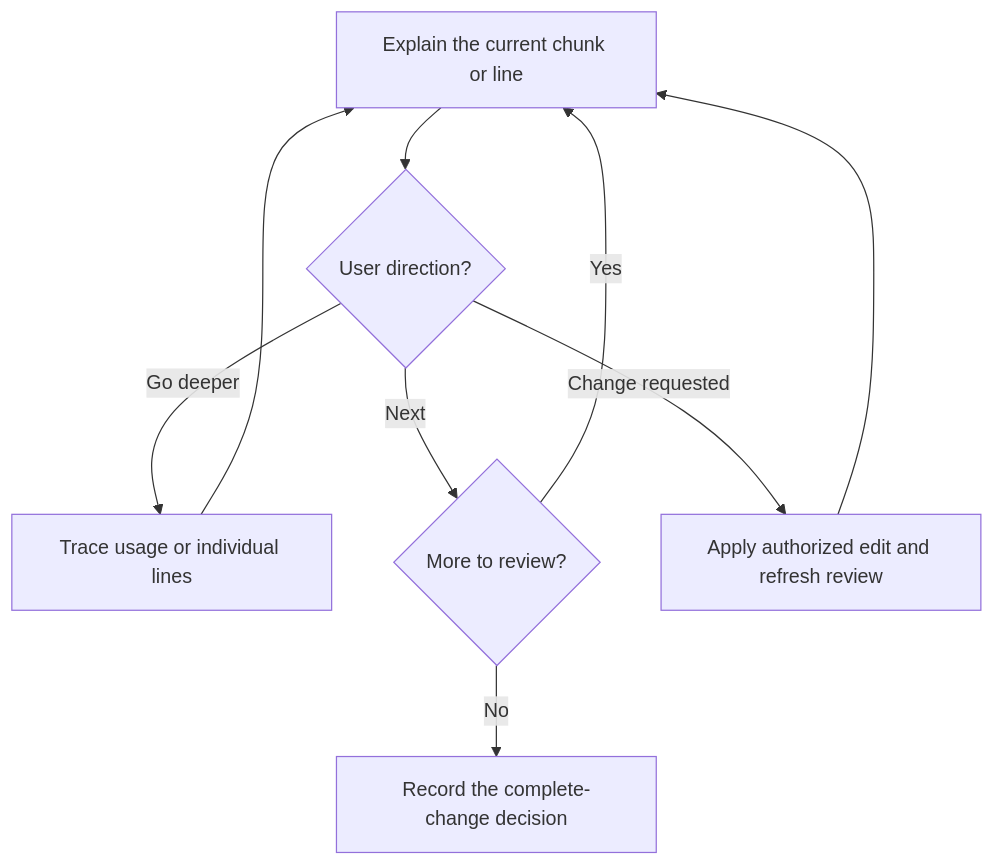
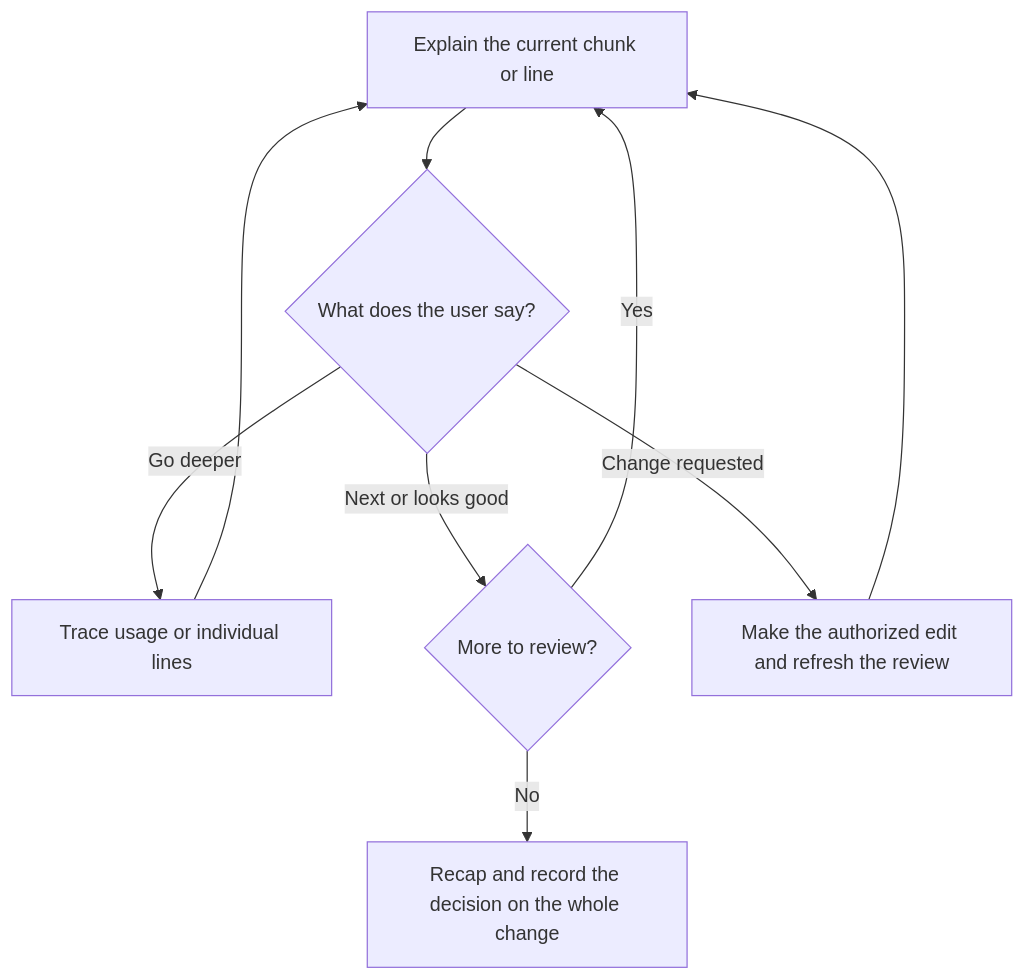
The second of 2 diagrams in skills/guided-code-review/SKILL.md (fsw0422/.ksp), drawn with Mermaid before and after one commit. The commit also changed other lines of this file and 17 other files, not shown here.

````diff
--- a/skills/guided-code-review/SKILL.md
+++ b/skills/guided-code-review/SKILL.md
@@ -43,11 +84,11 @@
 ```mermaid
 flowchart TD
-    Explain[Explain the current chunk or line] --> User{User direction?}
+    Explain[Explain the current chunk or line] --> User{What does the user say?}
     User -->|Go deeper| Detail[Trace usage or individual lines]
     Detail --> Explain
-    User -->|Next| More{More to review?}
+    User -->|Next or looks good| More{More to review?}
     More -->|Yes| Explain
-    More -->|No| Decision[Record the complete-change decision]
-    User -->|Change requested| Edit[Apply authorized edit and refresh review]
+    More -->|No| Decision[Recap and record the decision on the whole change]
+    User -->|Change requested| Edit[Make the authorized edit and refresh the review]
     Edit --> Explain
 ```
````
